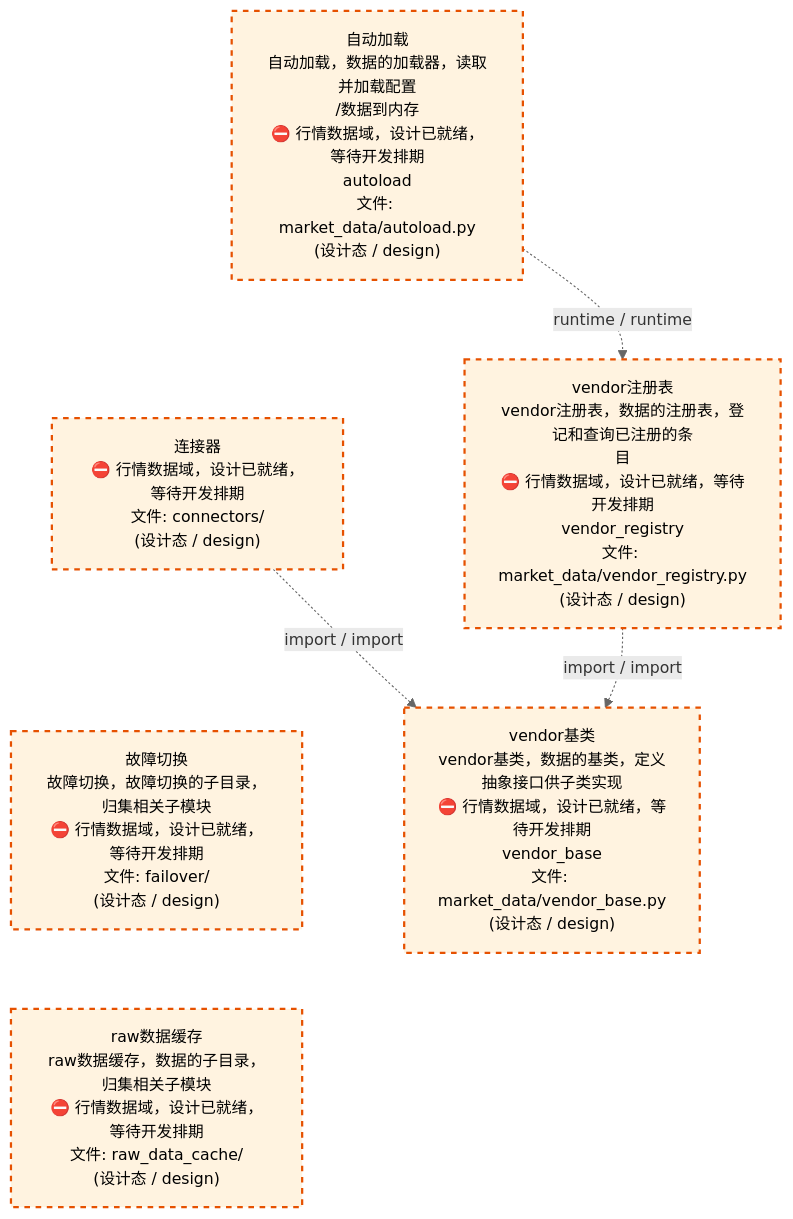
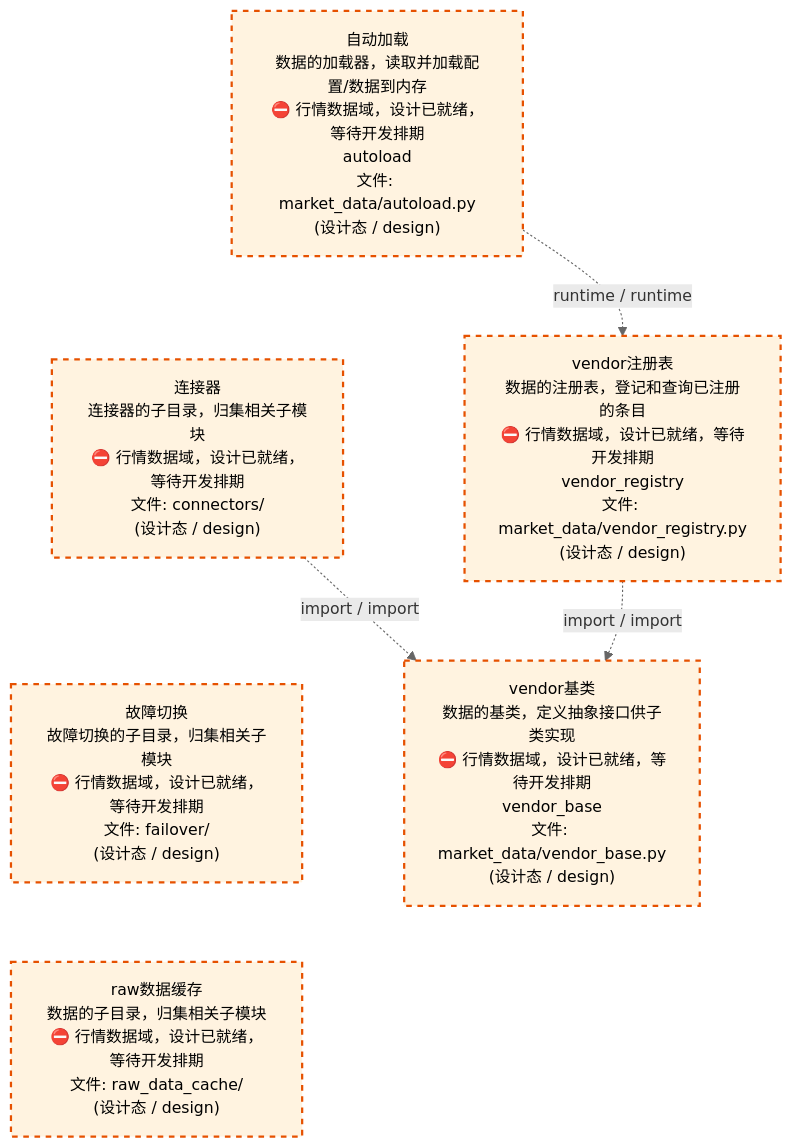
The third of 4 diagrams in docs/02_enterprise_architecture/02_domain_architecture_docs/23_d_mkt_data.md (xuanFelixVan/ZephyrAlpha), drawn with Mermaid before and after one commit. The commit also changed other lines of this file and 60 other files, not shown here.

````diff
--- a/docs/02_enterprise_architecture/02_domain_architecture_docs/23_d_mkt_data.md
+++ b/docs/02_enterprise_architecture/02_domain_architecture_docs/23_d_mkt_data.md
@@ -143,21 +143,21 @@
 ```mermaid
 %%{init: {'theme': 'base', 'themeVariables': {'primaryColor': '#eaeaea', 'primaryTextColor': '#333333', 'primaryBorderColor': '#666666', 'lineColor': '#666666', 'secondaryColor': '#eaeaea', 'tertiaryColor': '#eaeaea', 'fontSize': '14px'}}}%%
 flowchart TD
-    src_zephyr_market_data_autoload_py["自动加载<br/>自动加载，数据的加载器，读取并加载配置<br/>/数据到内存<br/>⛔ 行情数据域，设计已就绪，等待开发排期<br/>autoload<br/>文件: market_data/autoload.py<br/>(设计态 / design)"]
-    src_zephyr_market_data_connectors["连接器<br/>⛔ 行情数据域，设计已就绪，等待开发排期<br/>文件: connectors/<br/>(设计态 / design)"]
-    src_zephyr_market_data_failover["故障切换<br/>故障切换，故障切换的子目录，归集相关子模块<br/>⛔ 行情数据域，设计已就绪，等待开发排期<br/>文件: failover/<br/>(设计态 / design)"]
-    src_zephyr_market_data_raw_data_cache["raw数据缓存<br/>raw数据缓存，数据的子目录，归集相关子模块<br/>⛔ 行情数据域，设计已就绪，等待开发排期<br/>文件: raw_data_cache/<br/>(设计态 / design)"]
+    src_zephyr_market_data_autoload_py["自动加载<br/>数据的加载器，读取并加载配置/数据到内存<br/>⛔ 行情数据域，设计已就绪，等待开发排期<br/>autoload<br/>文件: market_data/autoload.py<br/>(设计态 / design)"]
+    src_zephyr_market_data_connectors["连接器<br/>连接器的子目录，归集相关子模块<br/>⛔ 行情数据域，设计已就绪，等待开发排期<br/>文件: connectors/<br/>(设计态 / design)"]
+    src_zephyr_market_data_failover["故障切换<br/>故障切换的子目录，归集相关子模块<br/>⛔ 行情数据域，设计已就绪，等待开发排期<br/>文件: failover/<br/>(设计态 / design)"]
+    src_zephyr_market_data_raw_data_cache["raw数据缓存<br/>数据的子目录，归集相关子模块<br/>⛔ 行情数据域，设计已就绪，等待开发排期<br/>文件: raw_data_cache/<br/>(设计态 / design)"]
     src_zephyr_market_data_autoload_py ~~~ src_zephyr_market_data_connectors
     src_zephyr_market_data_connectors ~~~ src_zephyr_market_data_failover
     src_zephyr_market_data_failover ~~~ src_zephyr_market_data_raw_data_cache
-    src_zephyr_market_data_vendor_registry_py["vendor注册表<br/>vendor注册表，数据的注册表，登记和查询已注册的条<br/>目<br/>⛔ 行情数据域，设计已就绪，等待开发排期<br/>vendor_registry<br/>文件: market_data/vendor_registry.py<br/>(设计态 / design)"]
-    src_zephyr_market_data_vendor_base_py["vendor基类<br/>vendor基类，数据的基类，定义抽象接口供子类实现<br/>⛔ 行情数据域，设计已就绪，等待开发排期<br/>vendor_base<br/>文件: market_data/vendor_base.py<br/>(设计态 / design)"]
+    src_zephyr_market_data_vendor_registry_py["vendor注册表<br/>数据的注册表，登记和查询已注册的条目<br/>⛔ 行情数据域，设计已就绪，等待开发排期<br/>vendor_registry<br/>文件: market_data/vendor_registry.py<br/>(设计态 / design)"]
+    src_zephyr_market_data_vendor_base_py["vendor基类<br/>数据的基类，定义抽象接口供子类实现<br/>⛔ 行情数据域，设计已就绪，等待开发排期<br/>vendor_base<br/>文件: market_data/vendor_base.py<br/>(设计态 / design)"]
     src_zephyr_market_data_vendor_registry_py -.->|import / import| src_zephyr_market_data_vendor_base_py
     src_zephyr_market_data_connectors -.->|import / import| src_zephyr_market_data_vendor_base_py
     src_zephyr_market_data_autoload_py -.->|runtime / runtime| src_zephyr_market_data_vendor_registry_py
     classDef production fill:#e1f5fe,stroke:#01579b,stroke-width:2px,color:#000
     classDef design fill:#fff3e0,stroke:#e65100,stroke-width:2px,color:#000,stroke-dasharray: 5 5
     classDef external_prod fill:#e8f4fd,stroke:#0277bd,stroke-width:1px,color:#000
     classDef external_design fill:#fff8e7,stroke:#ef6c00,stroke-width:1px,color:#000,stroke-dasharray: 5 5
     class src_zephyr_market_data_autoload_py,src_zephyr_market_data_connectors,src_zephyr_market_data_failover,src_zephyr_market_data_raw_data_cache,src_zephyr_market_data_vendor_base_py,src_zephyr_market_data_vendor_registry_py design
 ```
````
